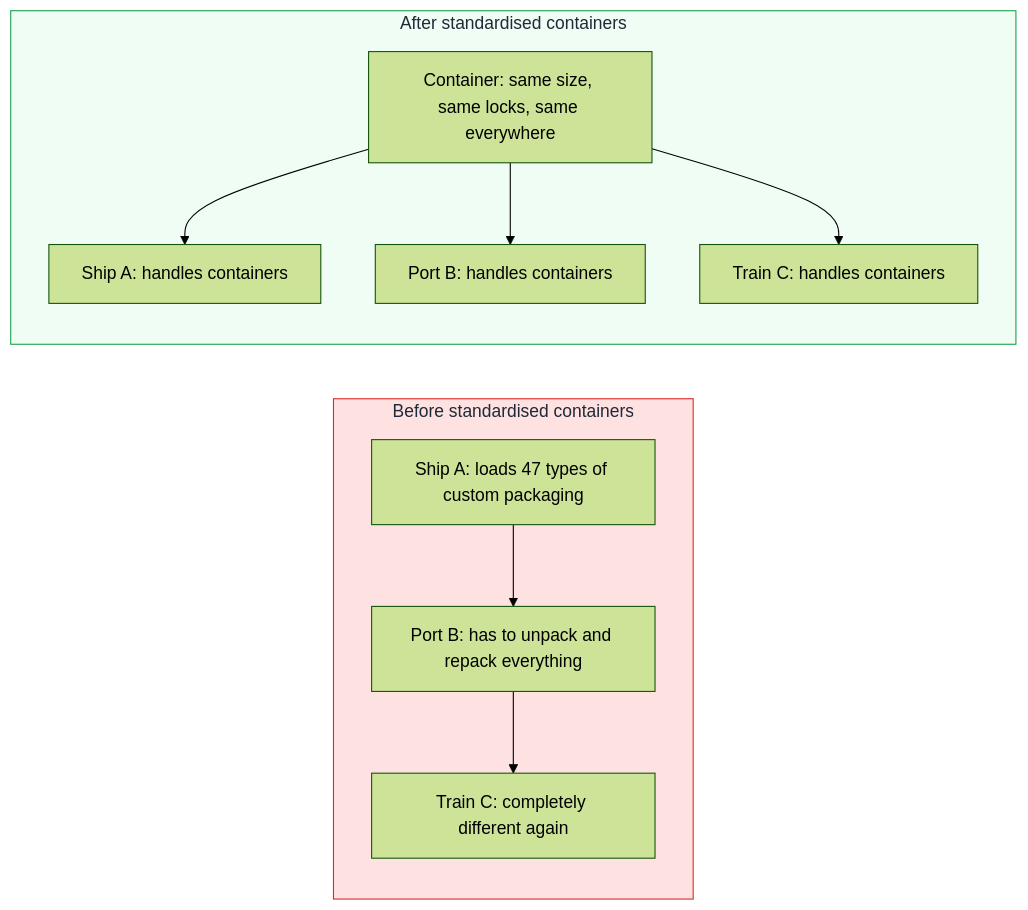
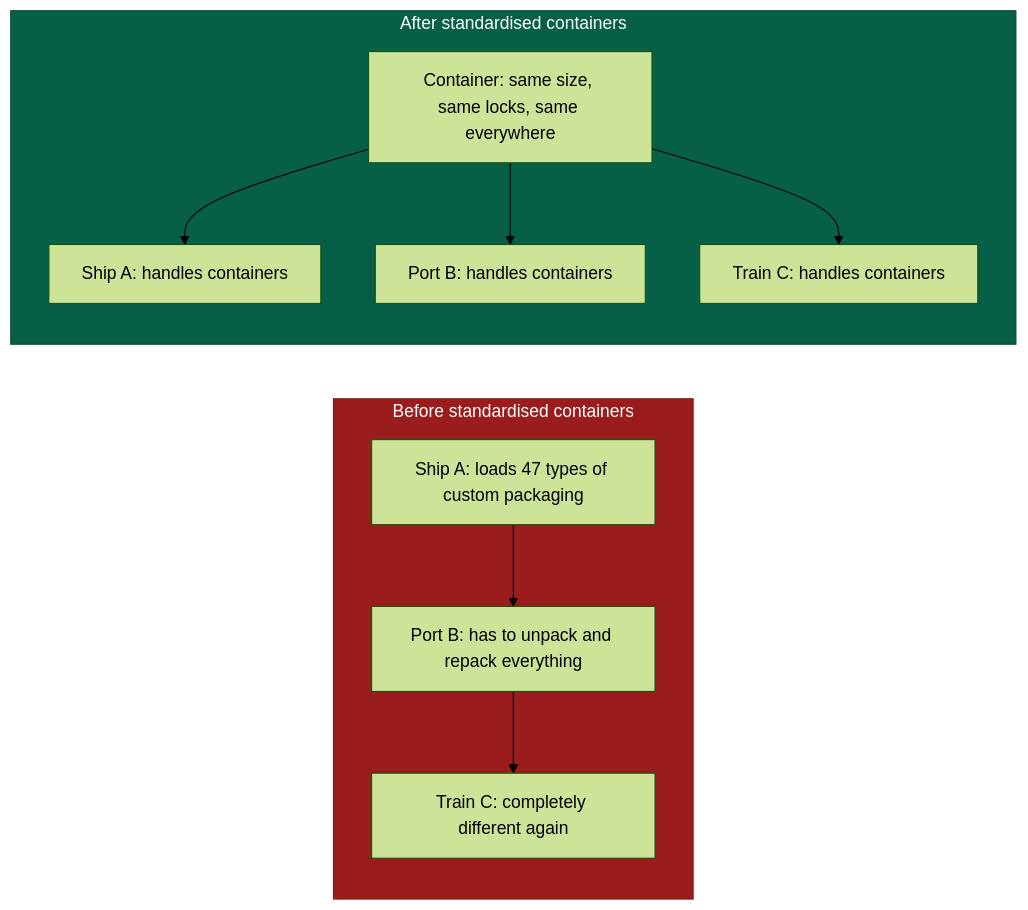
One commit to Ch3w3y/docker_gcp changed the first of 8 diagrams in docs/docker-containers.md. Above: the diagram before and after it, drawn with Mermaid (forest theme). The commit also changed other lines of this file and 8 other files, not shown here.

First line of the commit message:
fix(a11y): replace all pastel Mermaid fills with PHW-aligned semantic palette

````diff
--- a/docs/docker-containers.md
+++ b/docs/docker-containers.md
@@ -36,24 +36,24 @@
 ```mermaid
 flowchart LR
     subgraph Before["Before standardised containers"]
         direction TB
         S1["Ship A: loads 47 types of custom packaging"]
         S2["Port B: has to unpack and repack everything"]
         S3["Train C: completely different again"]
         S1 --> S2 --> S3
     end
 
     subgraph After["After standardised containers"]
         direction TB
         C["Container: same size, same locks, same everywhere"]
         P1["Ship A: handles containers"]
         P2["Port B: handles containers"]
         P3["Train C: handles containers"]
         C --> P1
         C --> P2
         C --> P3
     end
 
-    style Before fill:#fee2e2,stroke:#dc2626,color:#1f2937
-    style After fill:#f0fdf4,stroke:#16a34a,color:#1f2937
+    style Before fill:#9b1c1c,stroke:#7f1d1d,color:#ffffff
+    style After fill:#065f46,stroke:#064e3b,color:#ffffff
 ```
````
